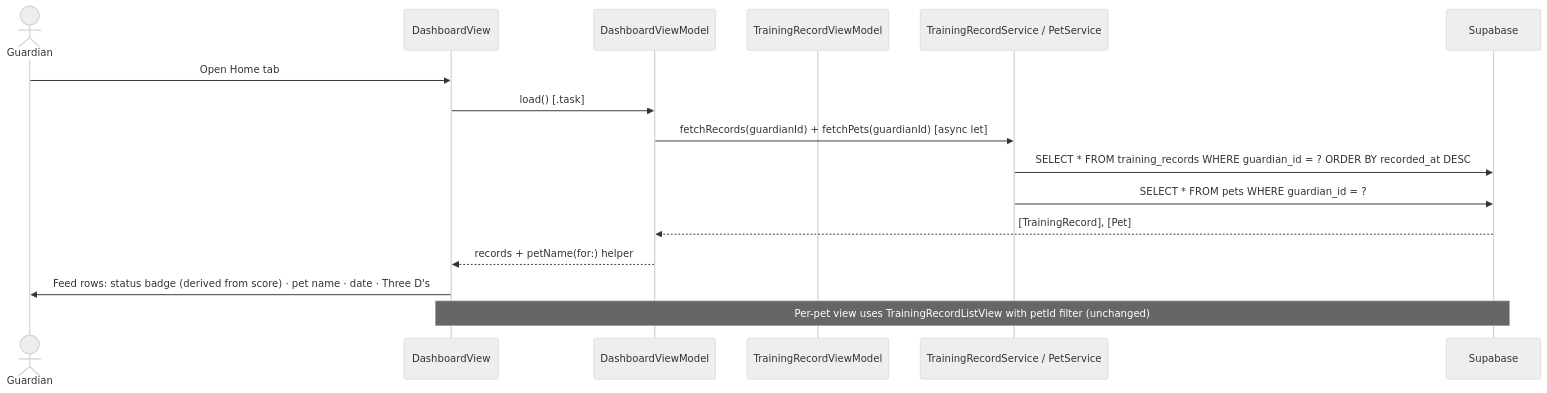
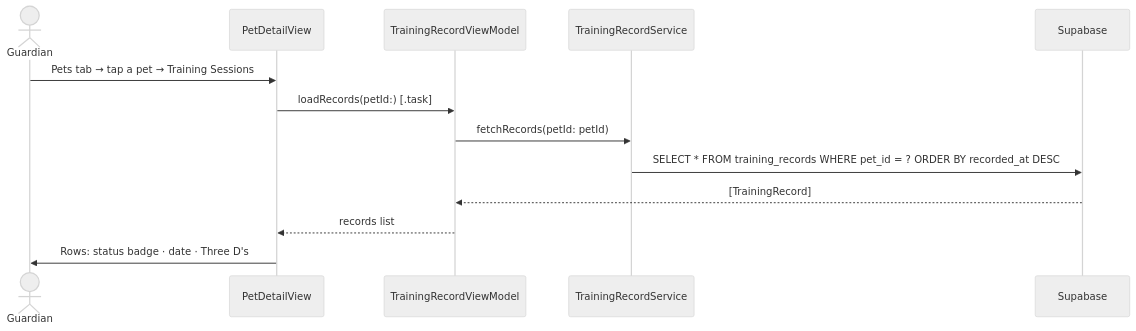
The second of 4 diagrams in docs/use_cases/log_training.md (markculley/HoundHabit), drawn with Mermaid (neutral theme) before and after one commit. The commit also changed other lines of this file and 18 other files, not shown here.

````diff
--- a/docs/use_cases/log_training.md
+++ b/docs/use_cases/log_training.md
@@ -40,20 +40,16 @@
 ```mermaid
 sequenceDiagram
     actor G as Guardian
-    participant DV as DashboardView
-    participant DVM as DashboardViewModel
+    participant PD as PetDetailView
     participant RVM as TrainingRecordViewModel
-    participant SVC as TrainingRecordService / PetService
+    participant SVC as TrainingRecordService
     participant DB as Supabase
 
-    G->>DV: Open Home tab
-    DV->>DVM: load() [.task]
-    DVM->>SVC: fetchRecords(guardianId) + fetchPets(guardianId) [async let]
-    SVC->>DB: SELECT * FROM training_records WHERE guardian_id = ? ORDER BY recorded_at DESC
-    SVC->>DB: SELECT * FROM pets WHERE guardian_id = ?
-    DB-->>DVM: [TrainingRecord], [Pet]
-    DVM-->>DV: records + petName(for:) helper
-    DV->>G: Feed rows: status badge (derived from score) · pet name · date · Three D's
-
-    note over DV,DB: Per-pet view uses TrainingRecordListView with petId filter (unchanged)
+    G->>PD: Pets tab → tap a pet → Training Sessions
+    PD->>RVM: loadRecords(petId:) [.task]
+    RVM->>SVC: fetchRecords(petId: petId)
+    SVC->>DB: SELECT * FROM training_records WHERE pet_id = ? ORDER BY recorded_at DESC
+    DB-->>RVM: [TrainingRecord]
+    RVM-->>PD: records list
+    PD->>G: Rows: status badge · date · Three D's
 ```
````
